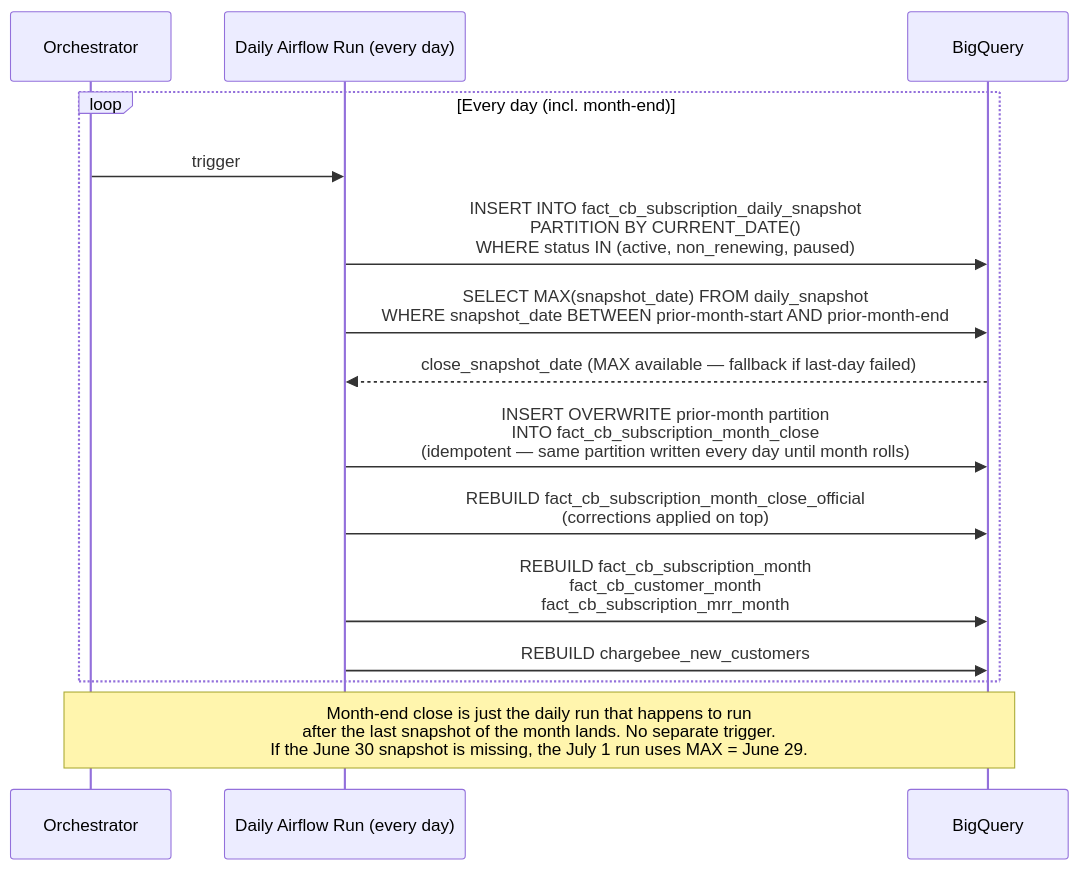
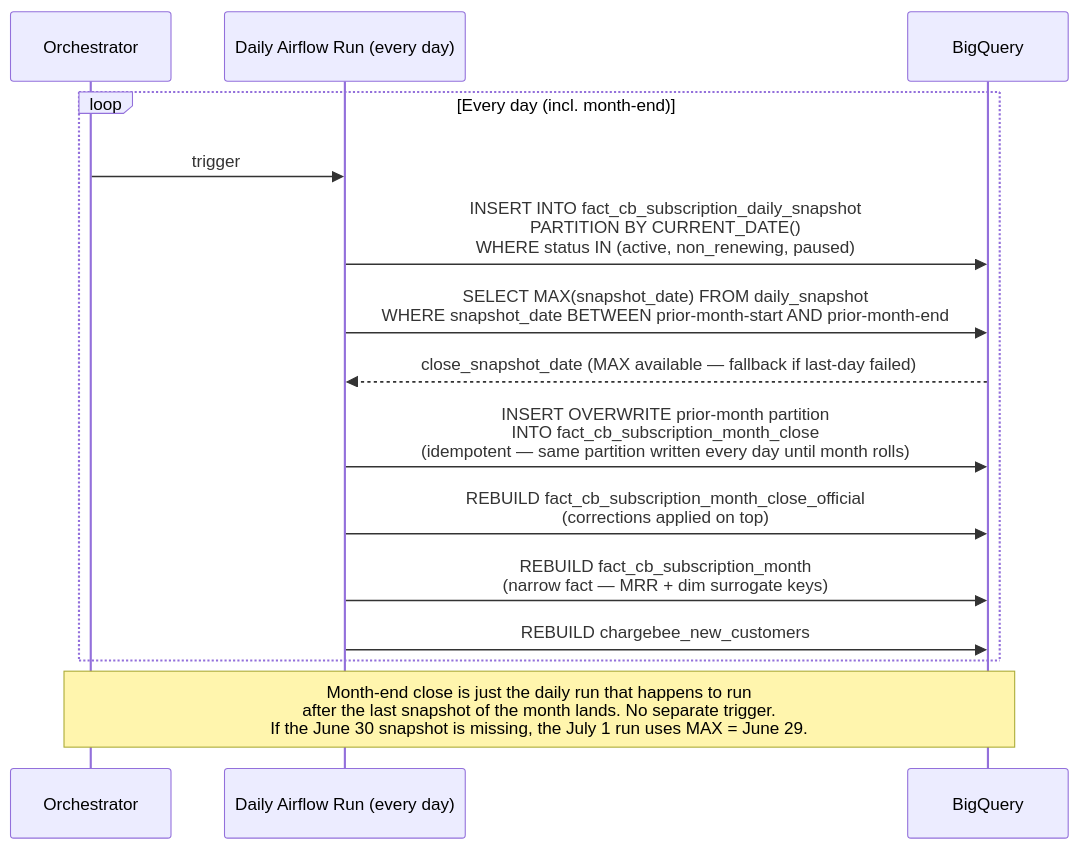
One commit to rolliyer/test-github-actions changed the second of 3 diagrams in EDP-147-chargebee-architecture.md. Above: the diagram before and after it, drawn with Mermaid. The commit also changed other lines of this file, not shown here.

````diff
--- a/EDP-147-chargebee-architecture.md
+++ b/EDP-147-chargebee-architecture.md
@@ -292,19 +318,19 @@
 ```mermaid
 sequenceDiagram
     participant Orchestrator
     participant DailyJob as Daily Airflow Run (every day)
     participant BQ as BigQuery
 
     loop Every day (incl. month-end)
         Orchestrator ->> DailyJob: trigger
         DailyJob ->> BQ: INSERT INTO fact_cb_subscription_daily_snapshot<br/>PARTITION BY CURRENT_DATE()<br/>WHERE status IN (active, non_renewing, paused)
         DailyJob ->> BQ: SELECT MAX(snapshot_date) FROM daily_snapshot<br/>WHERE snapshot_date BETWEEN prior-month-start AND prior-month-end
         BQ -->> DailyJob: close_snapshot_date (MAX available — fallback if last-day failed)
         DailyJob ->> BQ: INSERT OVERWRITE prior-month partition<br/>INTO fact_cb_subscription_month_close<br/>(idempotent — same partition written every day until month rolls)
         DailyJob ->> BQ: REBUILD fact_cb_subscription_month_close_official<br/>(corrections applied on top)
-        DailyJob ->> BQ: REBUILD fact_cb_subscription_month<br/>fact_cb_customer_month<br/>fact_cb_subscription_mrr_month
+        DailyJob ->> BQ: REBUILD fact_cb_subscription_month<br/>(narrow fact — MRR + dim surrogate keys)
         DailyJob ->> BQ: REBUILD chargebee_new_customers
     end
 
     Note over Orchestrator,BQ: Month-end close is just the daily run that happens to run<br/>after the last snapshot of the month lands. No separate trigger.<br/>If the June 30 snapshot is missing, the July 1 run uses MAX = June 29.
 ```
````
